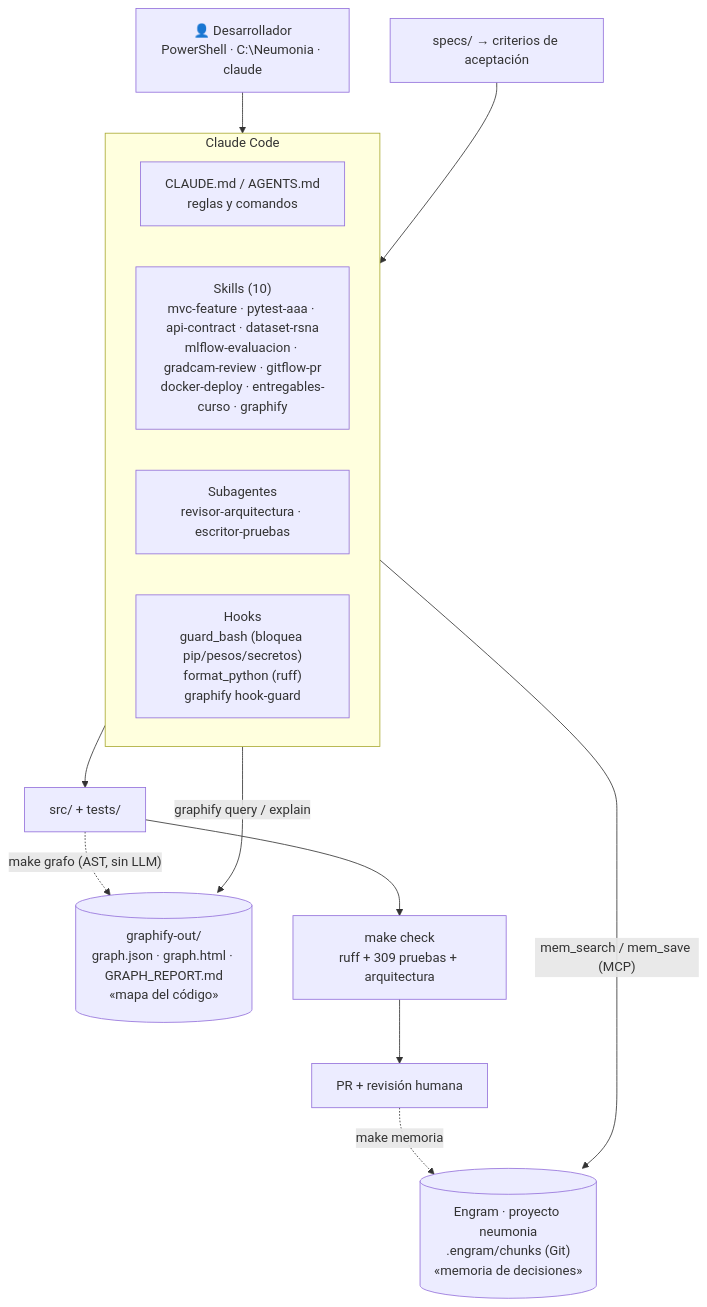
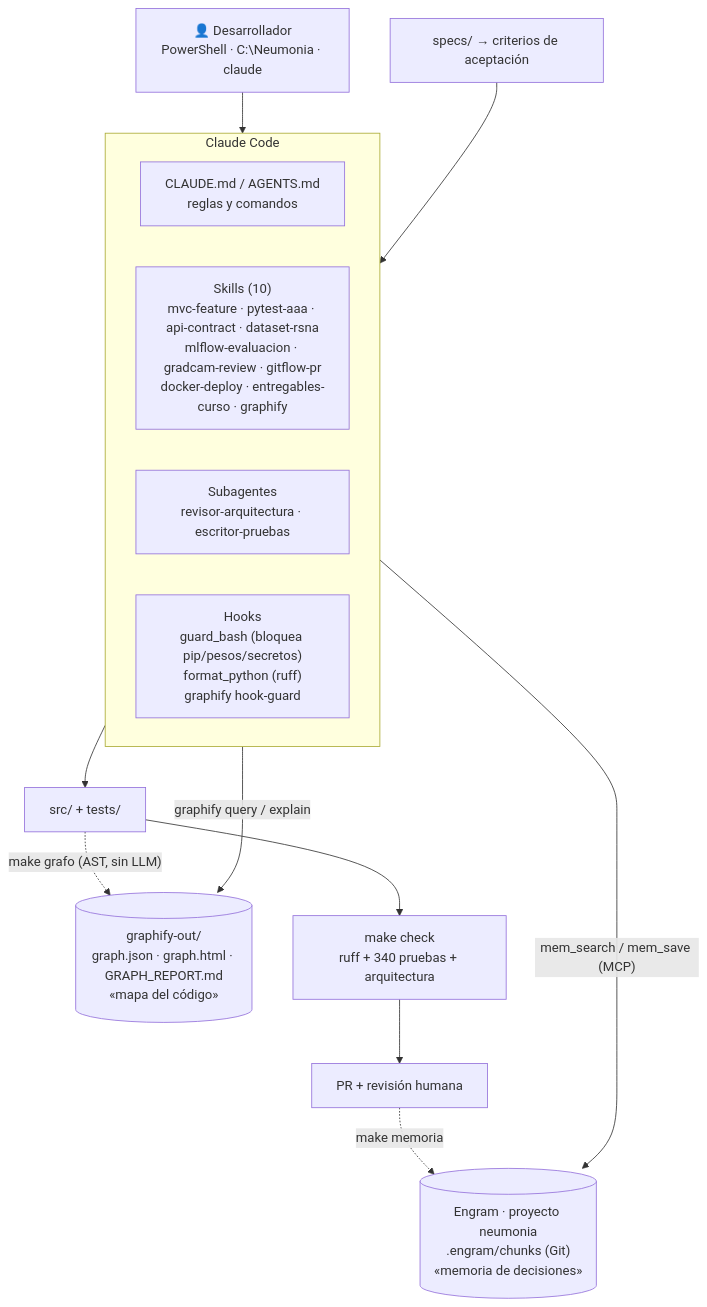
The diagram in docs/arquitectura/diagramas/11-flujo-agentico.mmd (JulianReneMunoz/Neumonia), drawn with Mermaid before and after one commit. The commit also changed 32 other files, not shown here.

```diff
--- a/docs/arquitectura/diagramas/11-flujo-agentico.mmd
+++ b/docs/arquitectura/diagramas/11-flujo-agentico.mmd
@@ -1,22 +1,22 @@
 %% Flujo de desarrollo con consola agéntica (Claude Code + graphify + engram)
 flowchart TB
   dev["👤 Desarrollador<br/>PowerShell · C:\Neumonia · claude"]
   subgraph CC["Claude Code"]
     mem["CLAUDE.md / AGENTS.md<br/>reglas y comandos"]
     sk["Skills (10)<br/>mvc-feature · pytest-aaa · api-contract · dataset-rsna<br/>mlflow-evaluacion · gradcam-review · gitflow-pr<br/>docker-deploy · entregables-curso · graphify"]
     ag["Subagentes<br/>revisor-arquitectura · escritor-pruebas"]
     hk["Hooks<br/>guard_bash (bloquea pip/pesos/secretos)<br/>format_python (ruff)<br/>graphify hook-guard"]
   end
   gr[("graphify-out/<br/>graph.json · graph.html · GRAPH_REPORT.md<br/>«mapa del código»")]
   en[("Engram · proyecto neumonia<br/>.engram/chunks (Git)<br/>«memoria de decisiones»")]
   sp["specs/ → criterios de aceptación"]
   code["src/ + tests/"]
-  gate["make check<br/>ruff + 309 pruebas + arquitectura"]
+  gate["make check<br/>ruff + 340 pruebas + arquitectura"]
   pr["PR + revisión humana"]
   dev --> CC
   CC -- "graphify query / explain" --> gr
   CC -- "mem_search / mem_save (MCP)" --> en
   sp --> CC
   CC --> code --> gate --> pr
   code -. "make grafo (AST, sin LLM)" .-> gr
   pr -. "make memoria" .-> en
```
